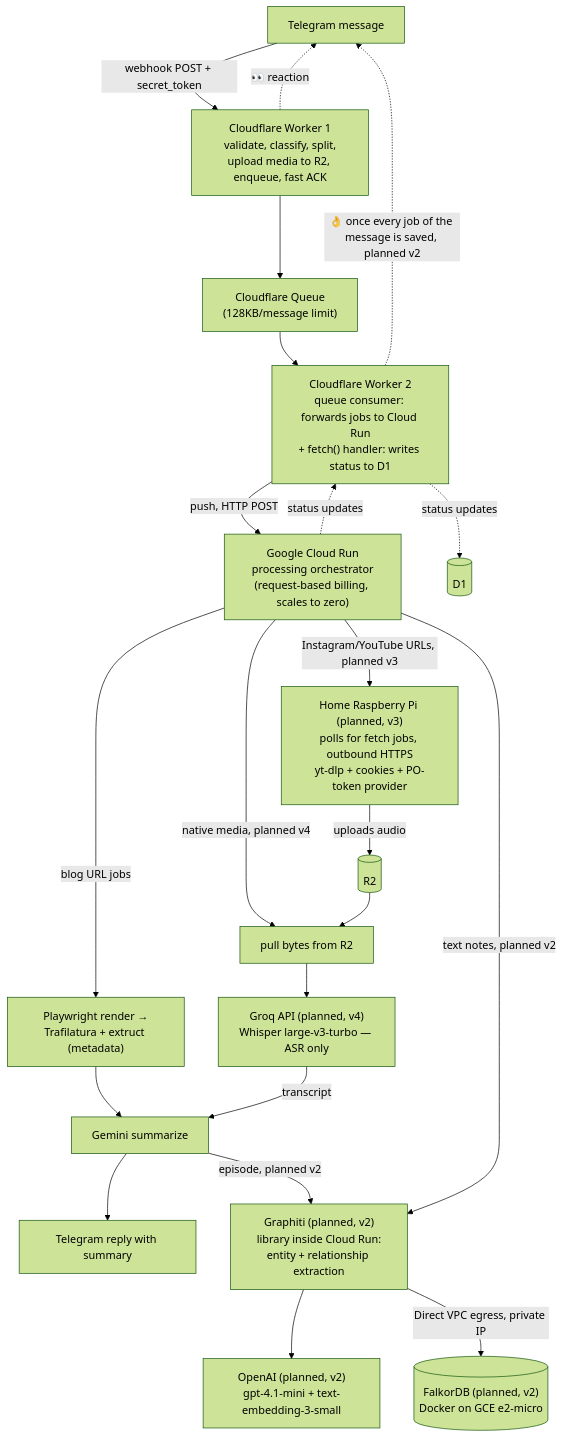
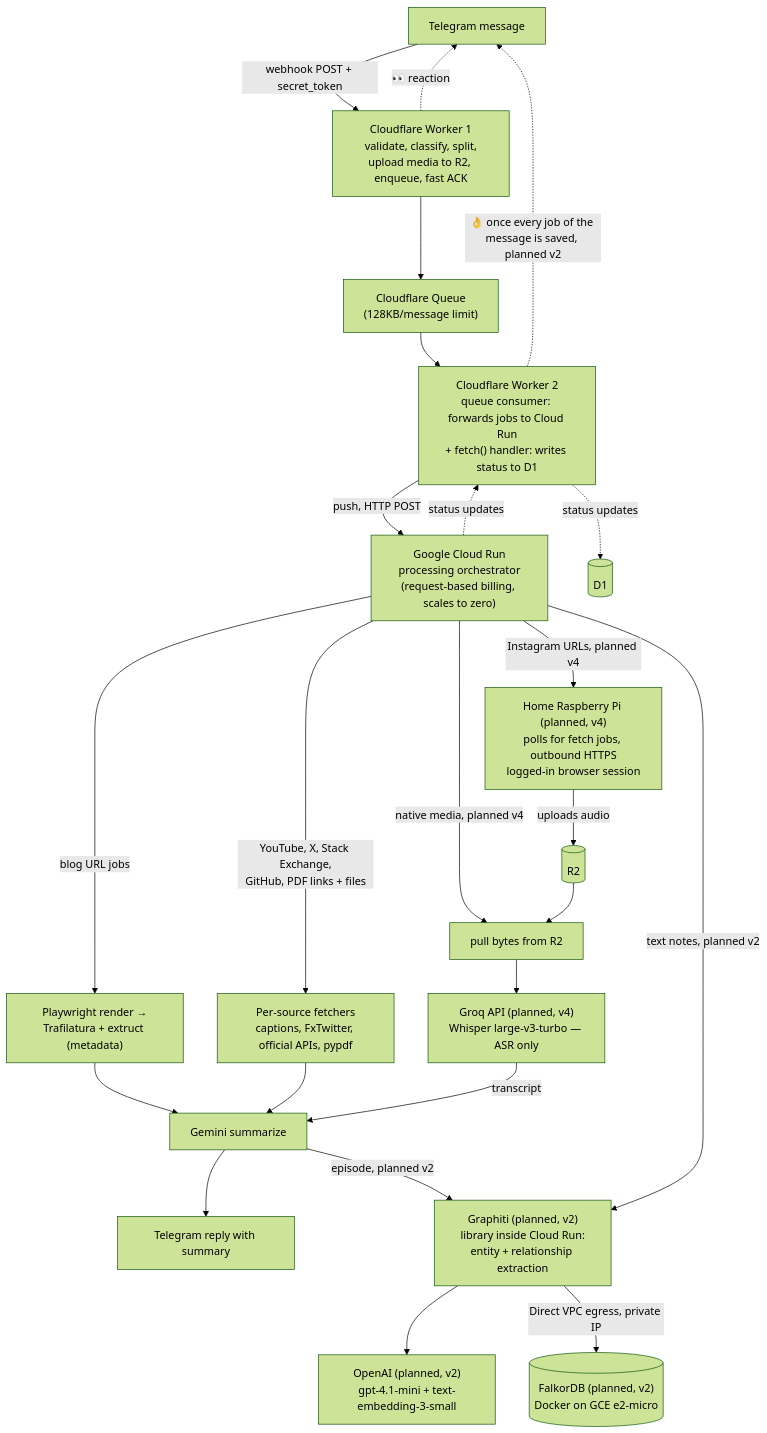
The diagram in docs/architecture.mmd (aayush7511/telegram-knowledge-base), drawn with Mermaid (forest theme) before and after one commit. The commit also changed 2 other files, not shown here.

Commit message:
docs: YouTube and the new sources run on Cloud Run; the Pi is for Instagram (v4)

```diff
--- a/docs/architecture.mmd
+++ b/docs/architecture.mmd
@@ -1,26 +1,28 @@
 flowchart TD
     TG[Telegram message] -->|webhook POST + secret_token| W1["Cloudflare Worker 1<br/>validate, classify, split,<br/>upload media to R2, enqueue, fast ACK"]
     W1 -.->|👀 reaction| TG
     W1 --> Q["Cloudflare Queue<br/>(128KB/message limit)"]
     Q --> W2["Cloudflare Worker 2<br/>queue consumer: forwards jobs to Cloud Run<br/>+ fetch() handler: writes status to D1"]
     W2 -->|push, HTTP POST| CR["Google Cloud Run<br/>processing orchestrator<br/>(request-based billing, scales to zero)"]
 
     CR -->|blog URL jobs| BLOG["Playwright render →<br/>Trafilatura + extruct (metadata)"]
     BLOG --> SUM["Gemini summarize"]
+    CR -->|YouTube, X, Stack Exchange,<br/>GitHub, PDF links + files| SRC["Per-source fetchers<br/>captions, FxTwitter, official APIs, pypdf"]
+    SRC --> SUM
     SUM --> REPLY[Telegram reply with summary]
 
     CR -->|native media, planned v4| MEDIA["pull bytes from R2"]
-    CR -->|Instagram/YouTube URLs, planned v3| PI["Home Raspberry Pi (planned, v3)<br/>polls for fetch jobs, outbound HTTPS<br/>yt-dlp + cookies + PO-token provider"]
+    CR -->|Instagram URLs, planned v4| PI["Home Raspberry Pi (planned, v4)<br/>polls for fetch jobs, outbound HTTPS<br/>logged-in browser session"]
     PI -->|uploads audio| R2[(R2)]
     R2 --> MEDIA
     MEDIA --> GROQ["Groq API (planned, v4)<br/>Whisper large-v3-turbo — ASR only"]
     GROQ -->|transcript| SUM
 
     SUM -->|episode, planned v2| GRAPHITI["Graphiti (planned, v2)<br/>library inside Cloud Run:<br/>entity + relationship extraction"]
     CR -->|text notes, planned v2| GRAPHITI
     GRAPHITI --> GLLM["OpenAI (planned, v2)<br/>gpt-4.1-mini + text-embedding-3-small"]
     GRAPHITI -->|Direct VPC egress, private IP| KG[("FalkorDB (planned, v2)<br/>Docker on GCE e2-micro")]
 
     CR -.->|status updates| W2
     W2 -.->|status updates| D1[(D1)]
     W2 -.->|👌 once every job of the message is saved, planned v2| TG
```
